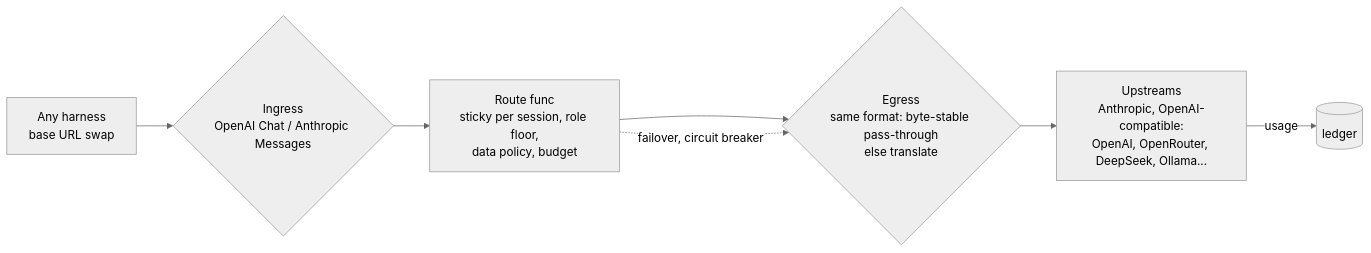
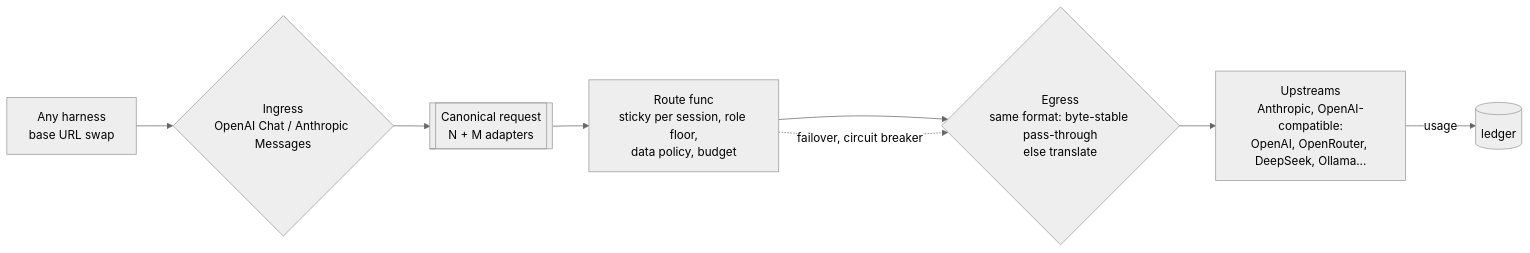
One commit to menezmethod/inferencia changed the second of 6 diagrams in docs/EDUCATION.md. Above: the diagram before and after it, drawn with Mermaid (neutral theme). The commit also changed other lines of this file and 3 other files, not shown here.

````diff
--- a/docs/EDUCATION.md
+++ b/docs/EDUCATION.md
@@ -50,9 +51,10 @@
 ```mermaid
 flowchart LR
   H[Any harness<br/>base URL swap] --> I{Ingress<br/>OpenAI Chat / Anthropic Messages}
-  I --> RT[Route func<br/>sticky per session, role floor,<br/>data policy, budget]
+  I --> CN[[Canonical request<br/>N + M adapters]]
+  CN --> RT[Route func<br/>sticky per session, role floor,<br/>data policy, budget]
   RT --> EG{Egress<br/>same format: byte-stable pass-through<br/>else translate}
   EG --> UP[Upstreams<br/>Anthropic, OpenAI-compatible:<br/>OpenAI, OpenRouter, DeepSeek, Ollama...]
   UP -->|usage| L[(ledger)]
   RT -. failover, circuit breaker .-> EG
 ```
````
